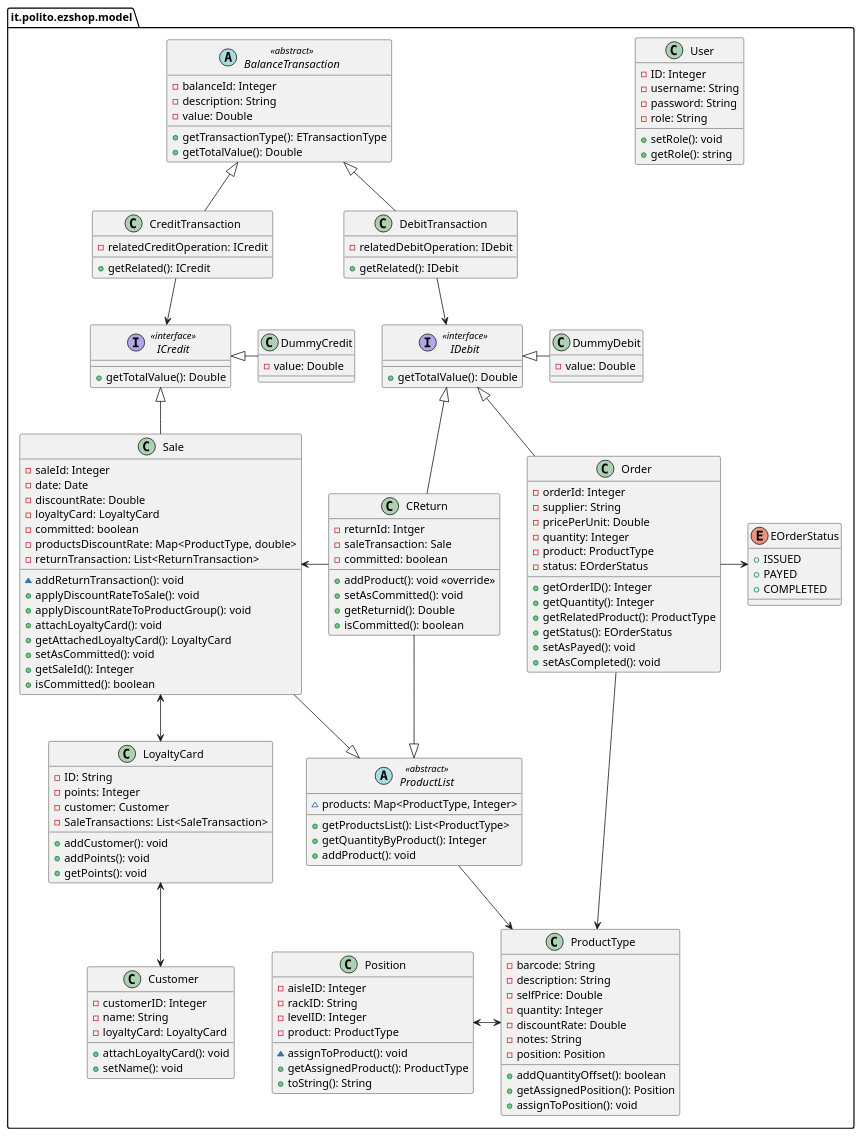
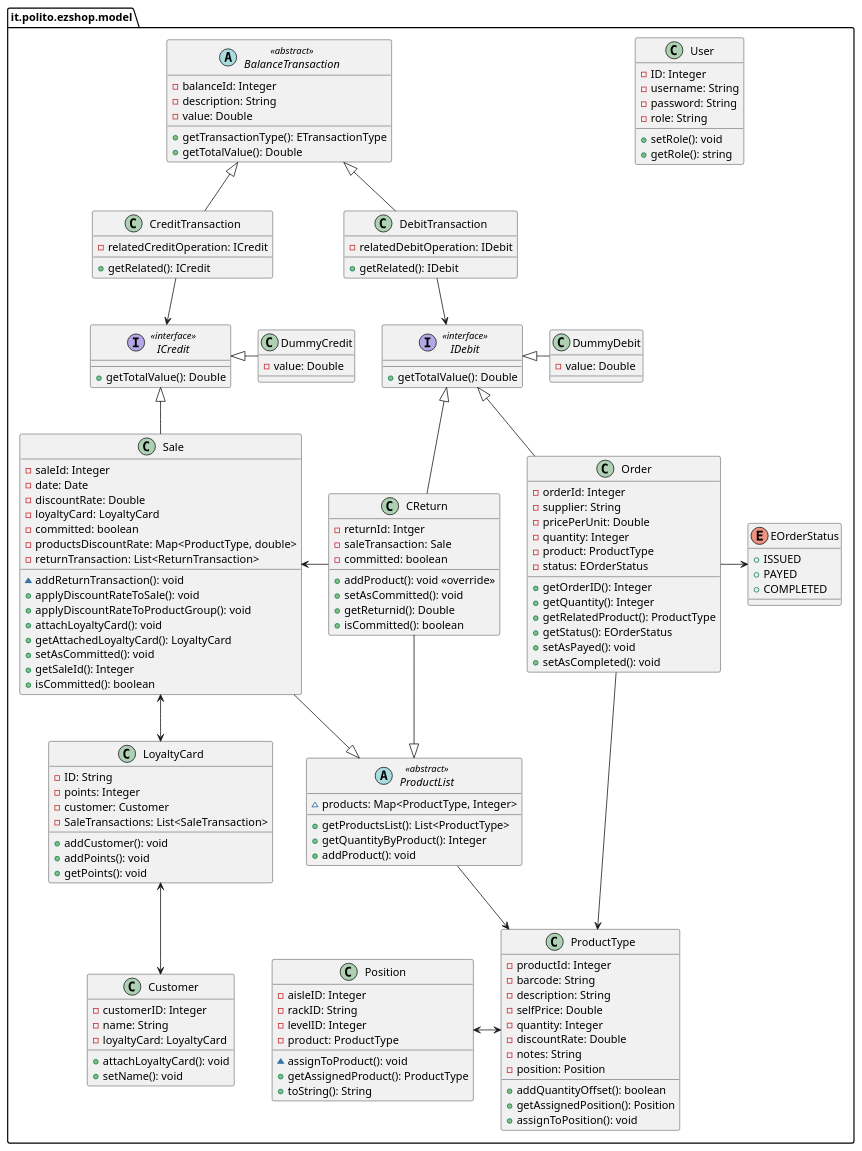
Before and after one commit to thegabriele97/EzShop: the third of 5 diagrams in Deliverables/DesignDocument.md, drawn with PlantUML.

Commit message:
docs: DesignDocument, updated class diagram - added id to ProductType class

```diff
--- a/Deliverables/DesignDocument.md
+++ b/Deliverables/DesignDocument.md
@@ -257,6 +257,7 @@
     }
 
     class ProductType {
+        -productId: Integer
         -barcode: String
         -description: String
         -selfPrice: Double
```
